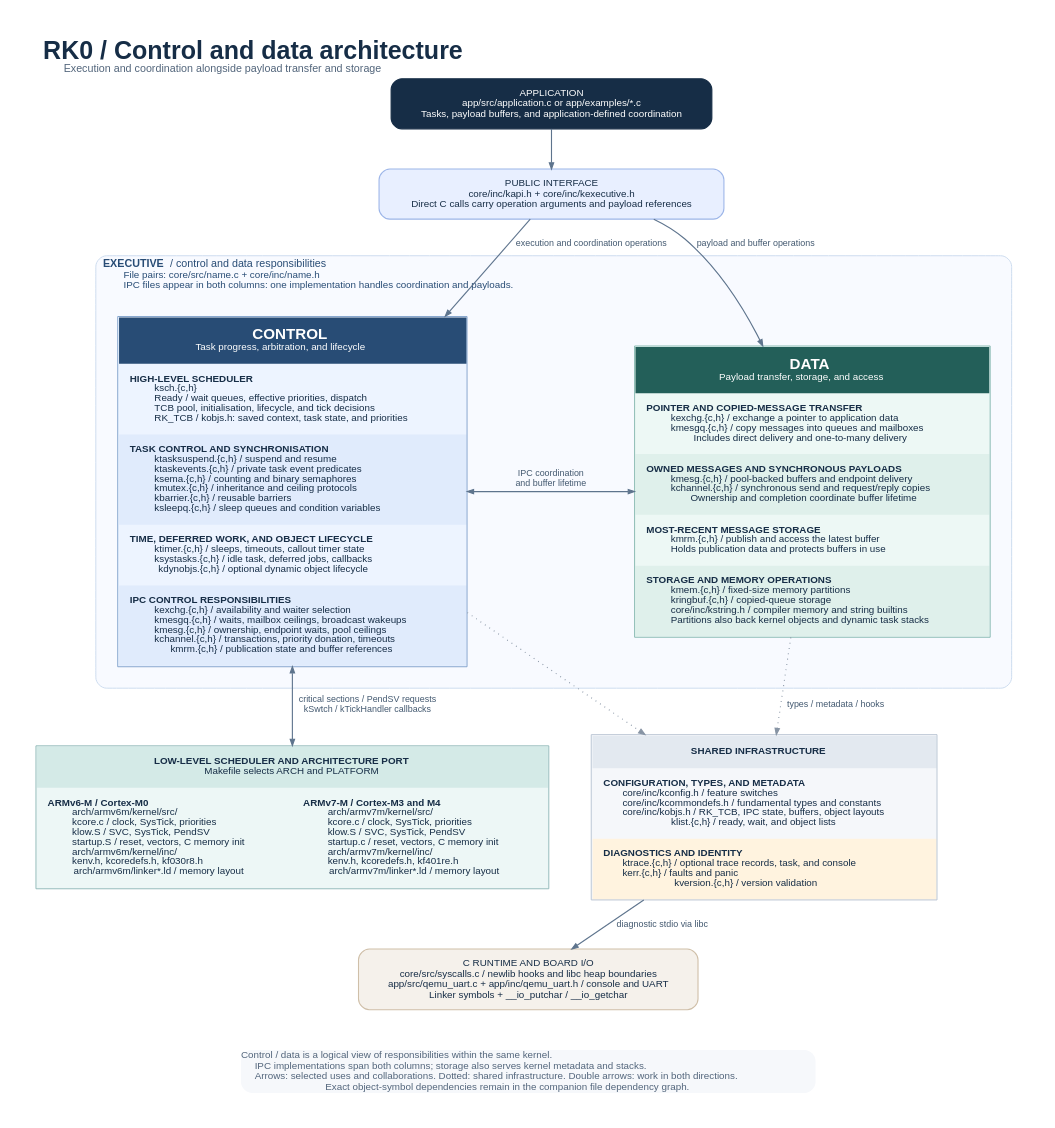
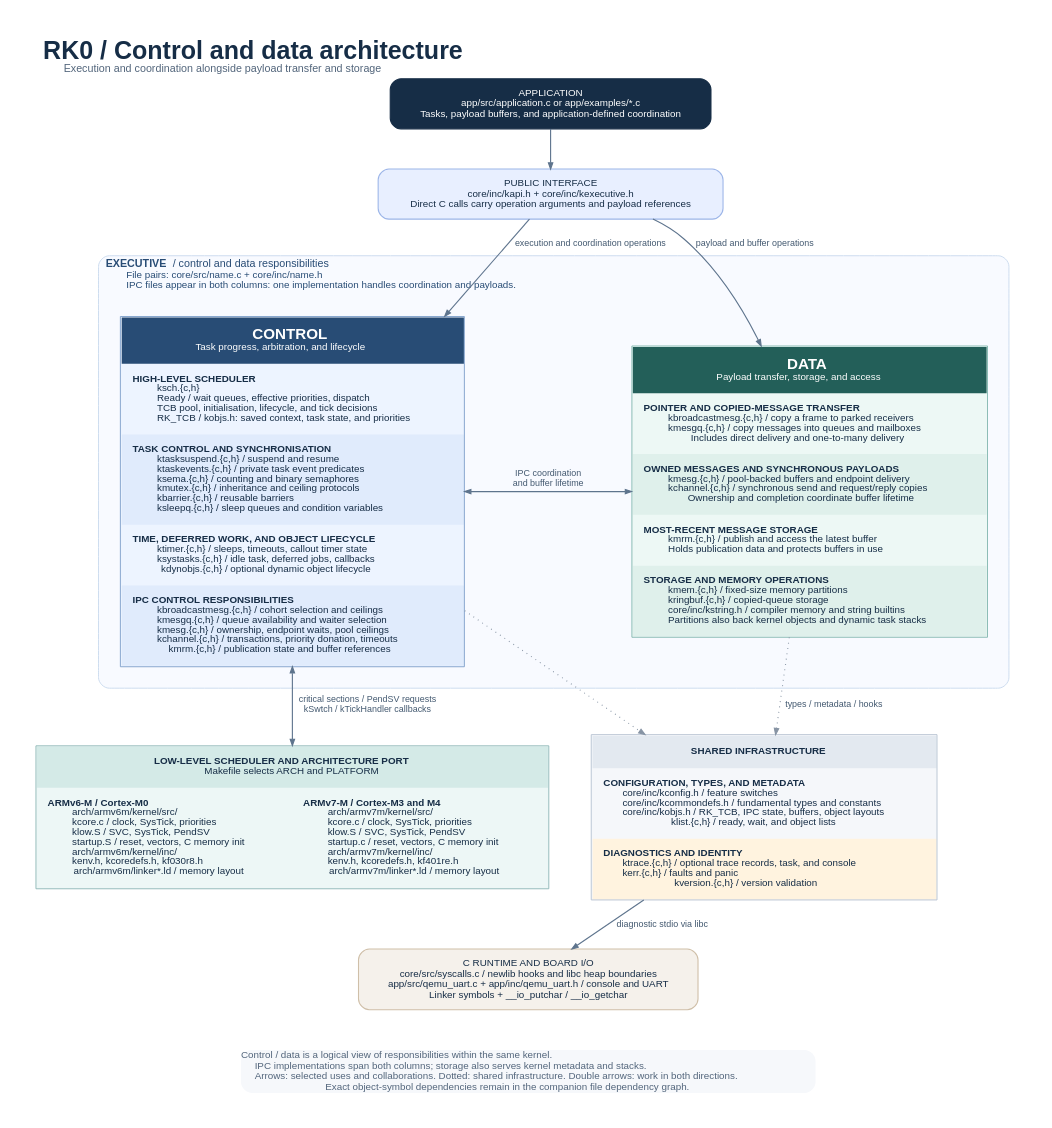
One commit to antoniogiacomelli/RK0 changed the diagram in docs/diagrams/kernel-architecture.dot. Above: the diagram before and after it, drawn with Graphviz. The commit also changed 91 other files, not shown here.

```diff
--- a/docs/diagrams/kernel-architecture.dot
+++ b/docs/diagrams/kernel-architecture.dot
@@ -1,133 +1,133 @@
 // Render: dot -Tsvg docs/diagrams/kernel-architecture.dot -o docs/diagrams/kernel-architecture.svg
 // PNG: dot -Tpng -Gdpi=120 docs/diagrams/kernel-architecture.dot -o docs/diagrams/kernel-architecture.png
 // Logical responsibilities: IPC implementations appear in both columns.
 digraph RK0Architecture {
   graph [rankdir=TB, bgcolor="#ffffff", pad="0.45", nodesep="0.65", ranksep="0.60",
     fontname="Helvetica", fontsize=12, labelloc=t, labeljust=l,
     label=<<FONT POINT-SIZE="28" COLOR="#162d46"><B>RK0 / Control and data architecture</B></FONT><BR ALIGN="LEFT"/>
       <FONT POINT-SIZE="12" COLOR="#52657b">Execution and coordination alongside payload transfer and storage</FONT><BR ALIGN="LEFT"/>>];
   node [shape=box, style="rounded,filled", color="#c8d4e0", fillcolor="#f6f8fb",
     fontname="Helvetica", fontcolor="#162d46", fontsize=11, margin="0.20,0.14", penwidth=1.2];
   edge [color="#5e748d", arrowsize=0.7, fontname="Helvetica", fontsize=10,
     fontcolor="#435970", penwidth=1.25];
 
   app [fillcolor="#162d46", color="#162d46", fontcolor=white,
     label="APPLICATION\napp/src/application.c or app/examples/*.c\nTasks, payload buffers, and application-defined coordination"];
   api [fillcolor="#e8efff", color="#9cb5e8",
     label="PUBLIC INTERFACE\ncore/inc/kapi.h + core/inc/kexecutive.h\nDirect C calls carry operation arguments and payload references"];
   app -> api;
 
   subgraph cluster_executive {
     label=<<B>EXECUTIVE</B> / control and data responsibilities<BR ALIGN="LEFT"/>
       <FONT POINT-SIZE="11">File pairs: core/src/name.c + core/inc/name.h</FONT><BR ALIGN="LEFT"/>
       <FONT POINT-SIZE="11">IPC files appear in both columns: one implementation handles coordination and payloads.</FONT>>;
     color="#c8d9ed"; fillcolor="#f8faff"; style="rounded,filled";
     margin=24; fontcolor="#284c75"; labeljust=l;
 
     control [shape=plain, margin=0, label=<
       <TABLE BORDER="1" CELLBORDER="0" CELLSPACING="0" CELLPADDING="12" COLOR="#7d9fc9" BGCOLOR="#edf4ff">
         <TR><TD BGCOLOR="#284c75"><FONT COLOR="white" POINT-SIZE="17"><B>CONTROL</B></FONT><BR/><FONT COLOR="white">Task progress, arbitration, and lifecycle</FONT></TD></TR>
         <TR><TD ALIGN="LEFT"><B>HIGH-LEVEL SCHEDULER</B><BR ALIGN="LEFT"/>
           ksch.{c,h}<BR ALIGN="LEFT"/>
           Ready / wait queues, effective priorities, dispatch<BR ALIGN="LEFT"/>
           TCB pool, initialisation, lifecycle, and tick decisions<BR ALIGN="LEFT"/>
           RK_TCB / kobjs.h: saved context, task state, and priorities</TD></TR>
         <TR><TD ALIGN="LEFT" BGCOLOR="#e0ebfc"><B>TASK CONTROL AND SYNCHRONISATION</B><BR ALIGN="LEFT"/>
           ktasksuspend.{c,h} / suspend and resume<BR ALIGN="LEFT"/>
           ktaskevents.{c,h} / private task event predicates<BR ALIGN="LEFT"/>
           ksema.{c,h} / counting and binary semaphores<BR ALIGN="LEFT"/>
           kmutex.{c,h} / inheritance and ceiling protocols<BR ALIGN="LEFT"/>
           kbarrier.{c,h} / reusable barriers<BR ALIGN="LEFT"/>
           ksleepq.{c,h} / sleep queues and condition variables</TD></TR>
         <TR><TD ALIGN="LEFT"><B>TIME, DEFERRED WORK, AND OBJECT LIFECYCLE</B><BR ALIGN="LEFT"/>
           ktimer.{c,h} / sleeps, timeouts, callout timer state<BR ALIGN="LEFT"/>
           ksystasks.{c,h} / idle task, deferred jobs, callbacks<BR ALIGN="LEFT"/>
           kdynobjs.{c,h} / optional dynamic object lifecycle</TD></TR>
         <TR><TD ALIGN="LEFT" BGCOLOR="#e0ebfc"><B>IPC CONTROL RESPONSIBILITIES</B><BR ALIGN="LEFT"/>
-          kexchg.{c,h} / availability and waiter selection<BR ALIGN="LEFT"/>
-          kmesgq.{c,h} / waits, mailbox ceilings, broadcast wakeups<BR ALIGN="LEFT"/>
+          kbroadcastmesg.{c,h} / cohort selection and ceilings<BR ALIGN="LEFT"/>
+          kmesgq.{c,h} / queue availability and waiter selection<BR ALIGN="LEFT"/>
           kmesg.{c,h} / ownership, endpoint waits, pool ceilings<BR ALIGN="LEFT"/>
           kchannel.{c,h} / transactions, priority donation, timeouts<BR ALIGN="LEFT"/>
           kmrm.{c,h} / publication state and buffer references</TD></TR>
       </TABLE>>];
 
     data [shape=plain, margin=0, label=<
       <TABLE BORDER="1" CELLBORDER="0" CELLSPACING="0" CELLPADDING="12" COLOR="#81b5ae" BGCOLOR="#edf8f5">
         <TR><TD BGCOLOR="#235f59"><FONT COLOR="white" POINT-SIZE="17"><B>DATA</B></FONT><BR/><FONT COLOR="white">Payload transfer, storage, and access</FONT></TD></TR>
         <TR><TD ALIGN="LEFT"><B>POINTER AND COPIED-MESSAGE TRANSFER</B><BR ALIGN="LEFT"/>
-          kexchg.{c,h} / exchange a pointer to application data<BR ALIGN="LEFT"/>
+          kbroadcastmesg.{c,h} / copy a frame to parked receivers<BR ALIGN="LEFT"/>
           kmesgq.{c,h} / copy messages into queues and mailboxes<BR ALIGN="LEFT"/>
           Includes direct delivery and one-to-many delivery</TD></TR>
         <TR><TD ALIGN="LEFT" BGCOLOR="#dff0eb"><B>OWNED MESSAGES AND SYNCHRONOUS PAYLOADS</B><BR ALIGN="LEFT"/>
           kmesg.{c,h} / pool-backed buffers and endpoint delivery<BR ALIGN="LEFT"/>
           kchannel.{c,h} / synchronous send and request/reply copies<BR ALIGN="LEFT"/>
           Ownership and completion coordinate buffer lifetime</TD></TR>
         <TR><TD ALIGN="LEFT"><B>MOST-RECENT MESSAGE STORAGE</B><BR ALIGN="LEFT"/>
           kmrm.{c,h} / publish and access the latest buffer<BR ALIGN="LEFT"/>
           Holds publication data and protects buffers in use</TD></TR>
         <TR><TD ALIGN="LEFT" BGCOLOR="#dff0eb"><B>STORAGE AND MEMORY OPERATIONS</B><BR ALIGN="LEFT"/>
           kmem.{c,h} / fixed-size memory partitions<BR ALIGN="LEFT"/>
           kringbuf.{c,h} / copied-queue storage<BR ALIGN="LEFT"/>
           core/inc/kstring.h / compiler memory and string builtins<BR ALIGN="LEFT"/>
           Partitions also back kernel objects and dynamic task stacks</TD></TR>
       </TABLE>>];
     {rank=same; control; data;}
     control -> data [dir=both, label="IPC coordination\nand buffer lifetime", minlen=2];
   }
   api -> control [label="execution and coordination operations"];
   api -> data [label="payload and buffer operations"];
 
   ports [shape=plain, margin=0, label=<
     <TABLE BORDER="1" CELLBORDER="0" CELLSPACING="0" CELLPADDING="12" COLOR="#8db7b5" BGCOLOR="#edf7f6">
       <TR><TD COLSPAN="2" BGCOLOR="#d4eae7"><B>LOW-LEVEL SCHEDULER AND ARCHITECTURE PORT</B><BR/>
         Makefile selects ARCH and PLATFORM</TD></TR>
       <TR>
         <TD ALIGN="LEFT" VALIGN="TOP"><B>ARMv6-M / Cortex-M0</B><BR ALIGN="LEFT"/>
           arch/armv6m/kernel/src/<BR ALIGN="LEFT"/>
           kcore.c / clock, SysTick, priorities<BR ALIGN="LEFT"/>
           klow.S / SVC, SysTick, PendSV<BR ALIGN="LEFT"/>
           startup.S / reset, vectors, C memory init<BR ALIGN="LEFT"/>
           arch/armv6m/kernel/inc/<BR ALIGN="LEFT"/>
           kenv.h, kcoredefs.h, kf030r8.h<BR ALIGN="LEFT"/>
           arch/armv6m/linker*.ld / memory layout</TD>
         <TD ALIGN="LEFT" VALIGN="TOP"><B>ARMv7-M / Cortex-M3 and M4</B><BR ALIGN="LEFT"/>
           arch/armv7m/kernel/src/<BR ALIGN="LEFT"/>
           kcore.c / clock, SysTick, priorities<BR ALIGN="LEFT"/>
           klow.S / SVC, SysTick, PendSV<BR ALIGN="LEFT"/>
           startup.c / reset, vectors, C memory init<BR ALIGN="LEFT"/>
           arch/armv7m/kernel/inc/<BR ALIGN="LEFT"/>
           kenv.h, kcoredefs.h, kf401re.h<BR ALIGN="LEFT"/>
           arch/armv7m/linker*.ld / memory layout</TD>
       </TR>
     </TABLE>>];
 
   support [shape=plain, margin=0, label=<
     <TABLE BORDER="1" CELLBORDER="0" CELLSPACING="0" CELLPADDING="12" COLOR="#b5c2d0" BGCOLOR="#f5f7fa">
       <TR><TD BGCOLOR="#e3e9f0"><B>SHARED INFRASTRUCTURE</B></TD></TR>
       <TR><TD ALIGN="LEFT"><B>CONFIGURATION, TYPES, AND METADATA</B><BR ALIGN="LEFT"/>
         core/inc/kconfig.h / feature switches<BR ALIGN="LEFT"/>
         core/inc/kcommondefs.h / fundamental types and constants<BR ALIGN="LEFT"/>
         core/inc/kobjs.h / RK_TCB, IPC state, buffers, object layouts<BR ALIGN="LEFT"/>
         klist.{c,h} / ready, wait, and object lists</TD></TR>
       <TR><TD ALIGN="LEFT" BGCOLOR="#fff3df"><B>DIAGNOSTICS AND IDENTITY</B><BR ALIGN="LEFT"/>
         ktrace.{c,h} / optional trace records, task, and console<BR ALIGN="LEFT"/>
         kerr.{c,h} / faults and panic<BR ALIGN="LEFT"/>
         kversion.{c,h} / version validation</TD></TR>
     </TABLE>>];
   {rank=same; ports; support;}
   control -> ports [dir=both, label="critical sections / PendSV requests\nkSwtch / kTickHandler callbacks"];
   control -> support [style=dotted, color="#8794a4"];
   data -> support [style=dotted, color="#8794a4", label="types / metadata / hooks"];
 
   runtime [fillcolor="#f5f1eb", color="#cfbfa8",
     label="C RUNTIME AND BOARD I/O\ncore/src/syscalls.c / newlib hooks and libc heap boundaries\napp/src/qemu_uart.c + app/inc/qemu_uart.h / console and UART\nLinker symbols + __io_putchar / __io_getchar"];
   support -> runtime [label="diagnostic stdio via libc"];
   ports -> runtime [style=invis];
 
   legend [shape=plain, margin=0,
     label=<<FONT POINT-SIZE="11" COLOR="#52657b">Control / data is a logical view of responsibilities within the same kernel.<BR ALIGN="LEFT"/>
       IPC implementations span both columns; storage also serves kernel metadata and stacks.<BR ALIGN="LEFT"/>
       Arrows: selected uses and collaborations. Dotted: shared infrastructure. Double arrows: work in both directions.<BR ALIGN="LEFT"/>
       Exact object-symbol dependencies remain in the companion file dependency graph.</FONT>>];
   runtime -> legend [style=invis];
 }
```
